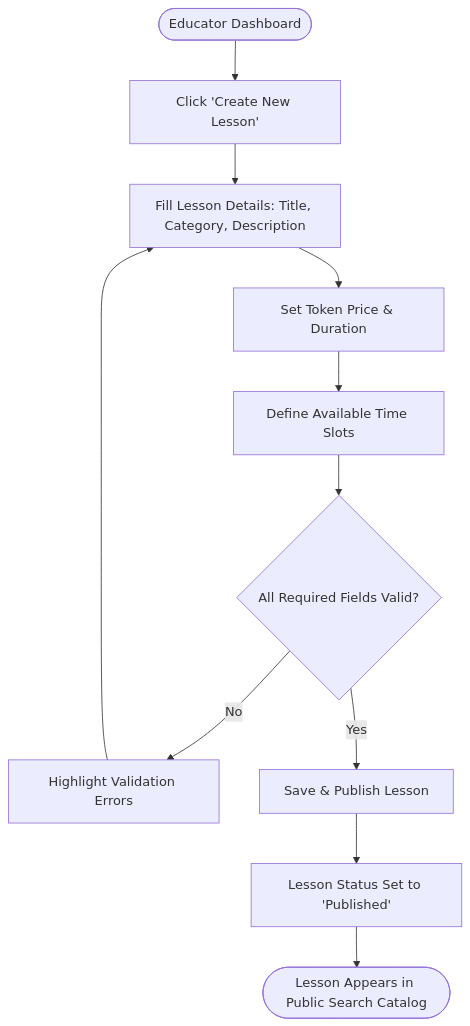
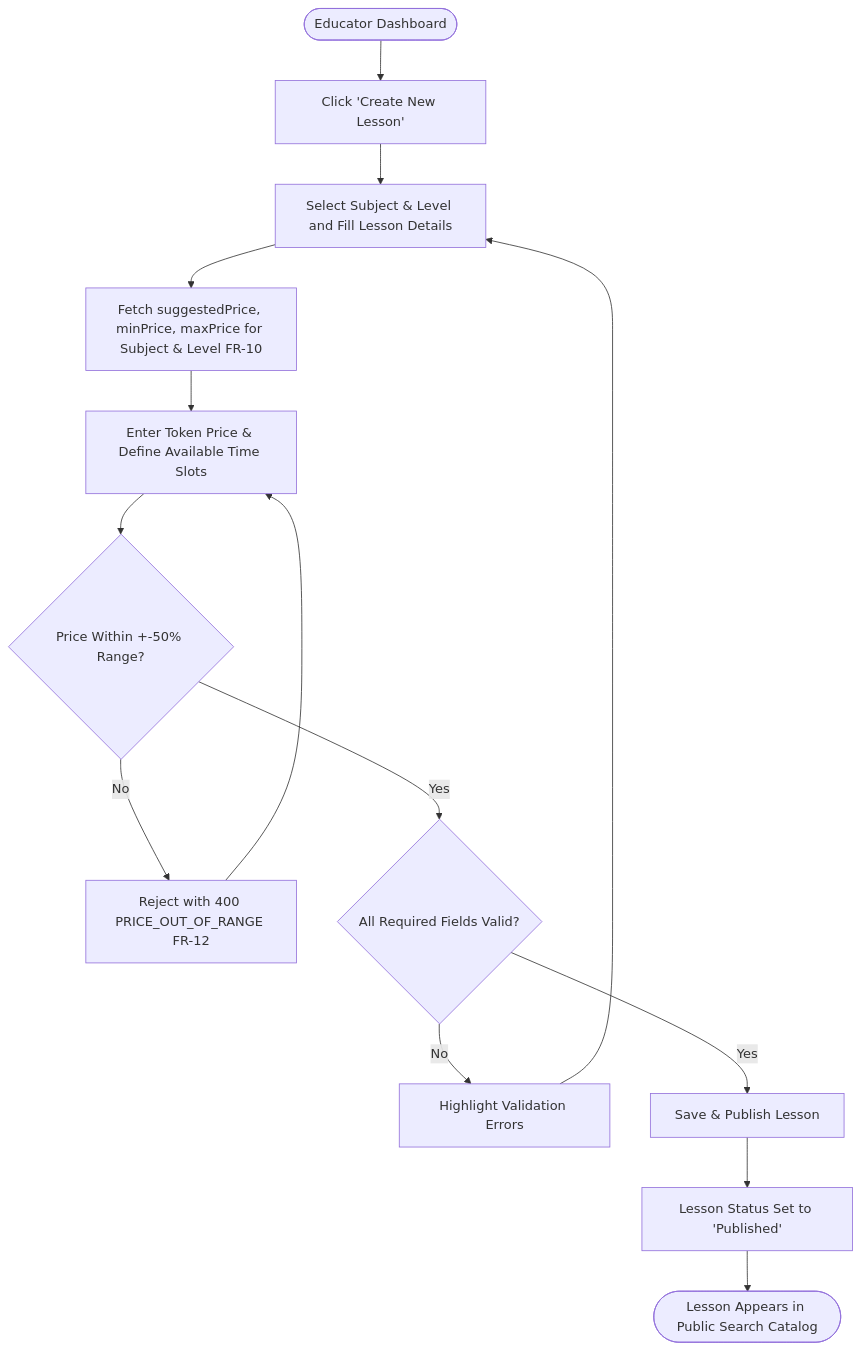
One commit to Orkun174/token-learning-platform changed the second of 2 diagrams in docs/ux/user-flows.md. Above: the diagram before and after it, drawn with Mermaid. The commit also changed other lines of this file, not shown here.

First line of the commit message:
Revise user flows for OAuth and lesson creation

````diff
--- a/docs/ux/user-flows.md
+++ b/docs/ux/user-flows.md
@@ -31,13 +27,16 @@
 ```mermaid
 flowchart TD
     A([Educator Dashboard]) --> B[Click 'Create New Lesson']
-    B --> C[Fill Lesson Details: Title, Category, Description]
-    C --> D[Set Token Price & Duration]
-    D --> E[Define Available Time Slots]
-    E --> F{All Required Fields Valid?}
-    F -- No --> G[Highlight Validation Errors]
-    G --> C
-    F -- Yes --> H[Save & Publish Lesson]
-    H --> I[Lesson Status Set to 'Published']
-    I --> J([Lesson Appears in Public Search Catalog])
+    B --> C[Select Subject & Level and Fill Lesson Details]
+    C --> D[Fetch suggestedPrice, minPrice, maxPrice for Subject & Level FR-10]
+    D --> E[Enter Token Price & Define Available Time Slots]
+    E --> F{Price Within +-50% Range?}
+    F -- No --> G[Reject with 400 PRICE_OUT_OF_RANGE FR-12]
+    G --> E
+    F -- Yes --> H{All Required Fields Valid?}
+    H -- No --> I[Highlight Validation Errors]
+    I --> C
+    H -- Yes --> J[Save & Publish Lesson]
+    J --> K[Lesson Status Set to 'Published']
+    K --> L([Lesson Appears in Public Search Catalog])
 ```
````
